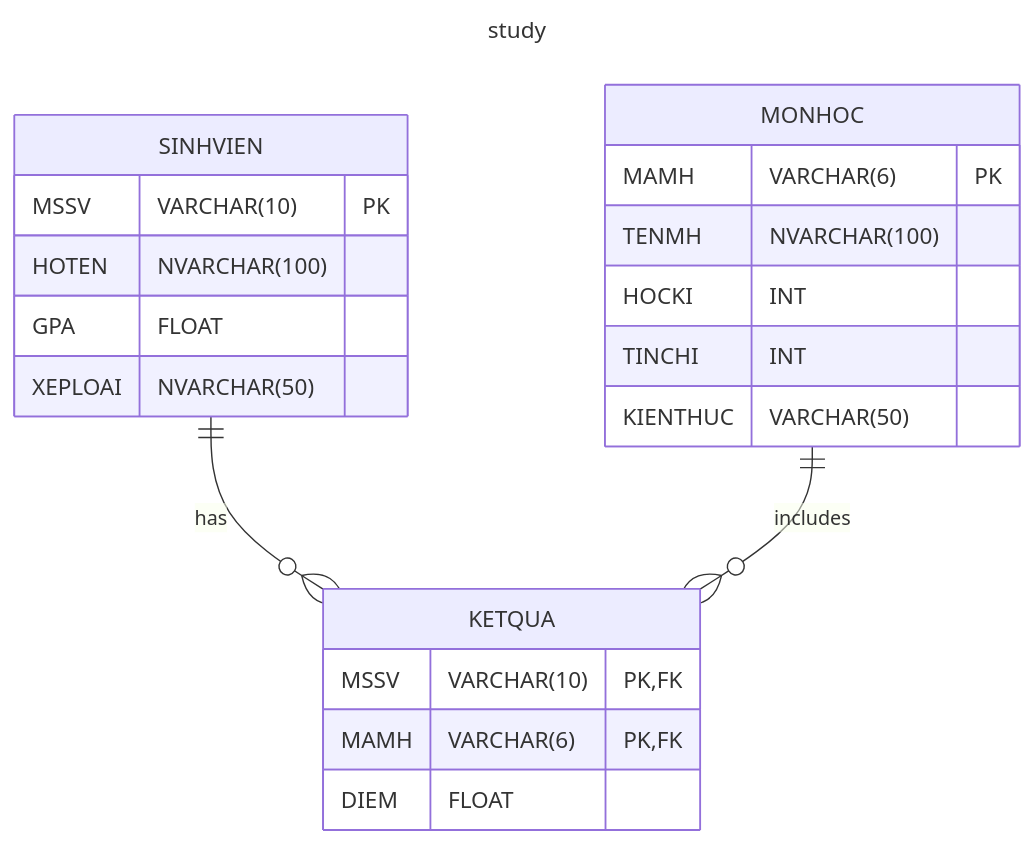
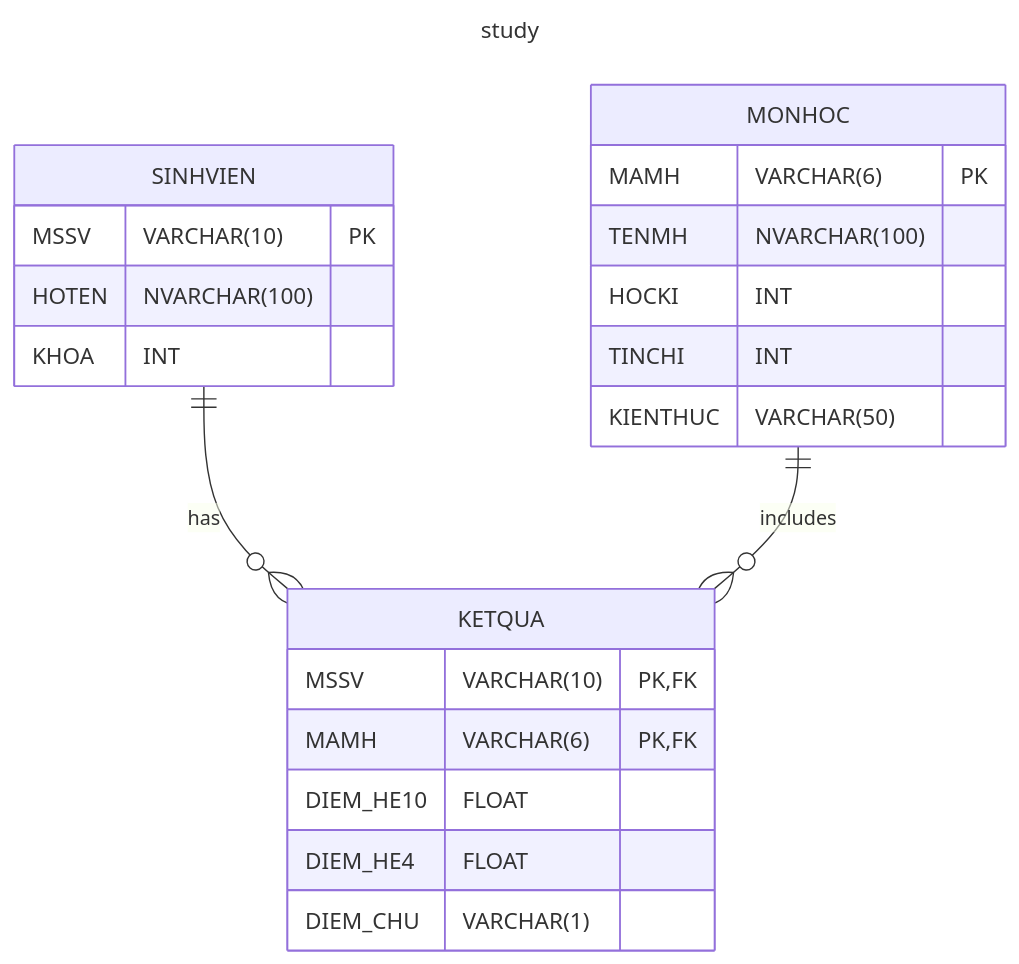
One commit to Bancie/LearningDB changed the diagram in study/README.md. Above: the diagram before and after it, drawn with Mermaid. The commit also changed 5 other files, not shown here.

````diff
--- a/study/README.md
+++ b/study/README.md
@@ -2,29 +2,30 @@
 ```mermaid
 ---
 title: study
 ---
 erDiagram
     MONHOC {
         MAMH VARCHAR(6) PK
         TENMH NVARCHAR(100)
         HOCKI INT
         TINCHI INT
         KIENTHUC VARCHAR(50)
     }
 
     SINHVIEN {
         MSSV VARCHAR(10) PK
         HOTEN NVARCHAR(100)
-        GPA FLOAT
-        XEPLOAI NVARCHAR(50)
+        KHOA INT
     }
 
     KETQUA {
         MSSV VARCHAR(10) PK, FK
         MAMH VARCHAR(6) PK, FK
-        DIEM FLOAT
+        DIEM_HE10 FLOAT
+        DIEM_HE4 FLOAT
+        DIEM_CHU VARCHAR(1)
     }
 
     SINHVIEN ||--o{ KETQUA : has
     MONHOC   ||--o{ KETQUA : includes
 ```
````
